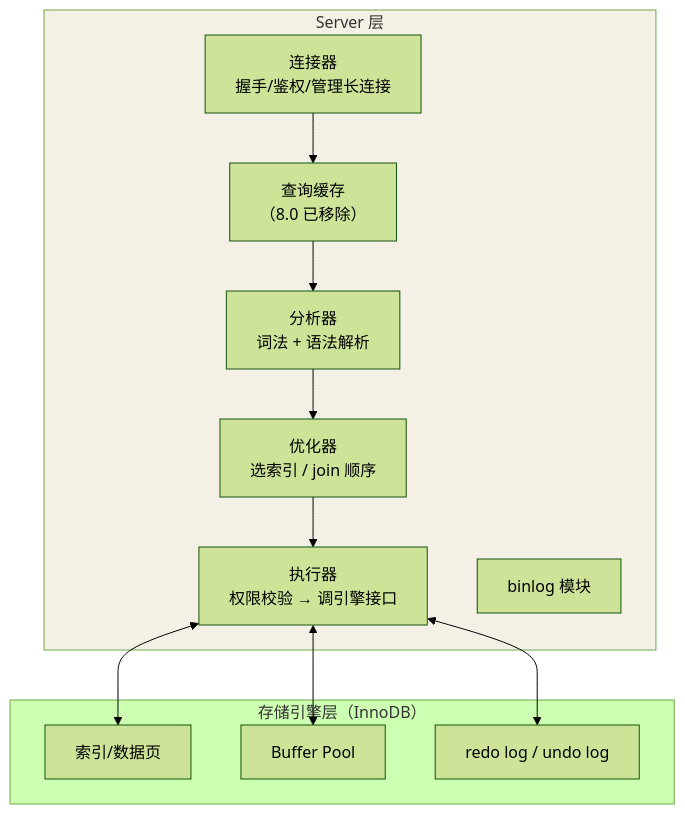
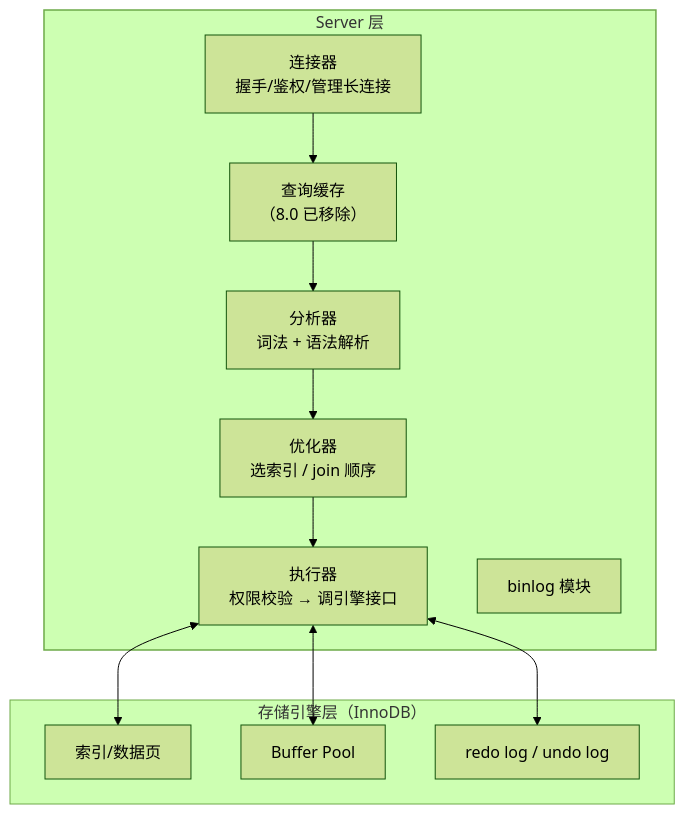
Before and after one commit to Loadhao/ascension: the first of 2 diagrams in src/content/docs/mysql/basic/core/01-sql-execution.md, drawn with Mermaid (forest theme). The commit also changed other lines of this file and 87 other files, not shown here.

First line of the commit message:
fix: 全站图表配色改由主题接管，修复暗色主题下浅底浅字看不清

````diff
--- a/src/content/docs/mysql/basic/core/01-sql-execution.md
+++ b/src/content/docs/mysql/basic/core/01-sql-execution.md
@@ -12,22 +12,23 @@
 ```mermaid
 flowchart TB
     subgraph SERVER["Server 层"]
         CONN["连接器<br/>握手/鉴权/管理长连接"]
         CACHE["查询缓存<br/>（8.0 已移除）"]
         ANA["分析器<br/>词法 + 语法解析"]
         OPT["优化器<br/>选索引 / join 顺序"]
         EXE["执行器<br/>权限校验 → 调引擎接口"]
         BIN["binlog 模块"]
     end
     subgraph ENGINE["存储引擎层（InnoDB）"]
         IN["索引/数据页"]
         BUF["Buffer Pool"]
         LOG["redo log / undo log"]
     end
     CONN --> CACHE --> ANA --> OPT --> EXE
     EXE <--> IN
     EXE <--> BUF
     EXE <--> LOG
 
-    style SERVER fill:#f5f0e6
+    class SERVER hl
+    classDef hl stroke-width:1.5px
 ```
````
